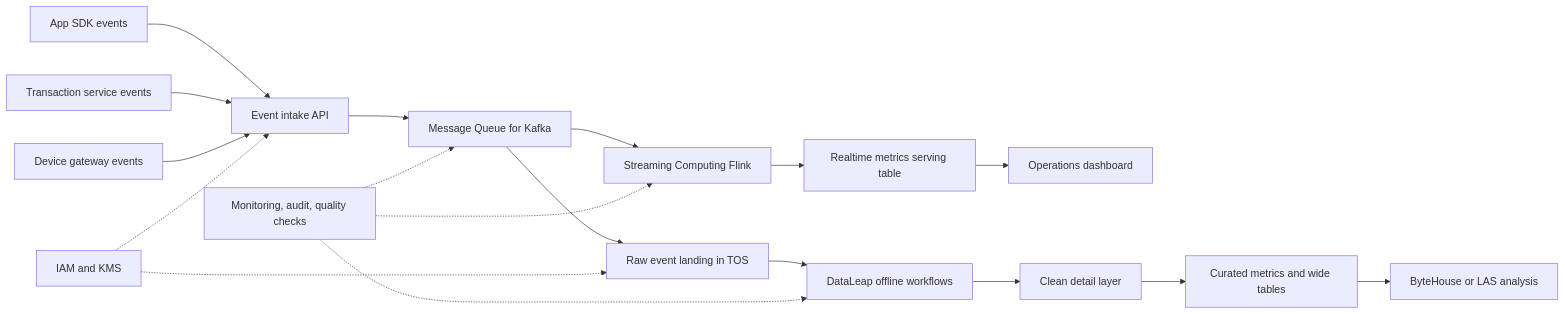
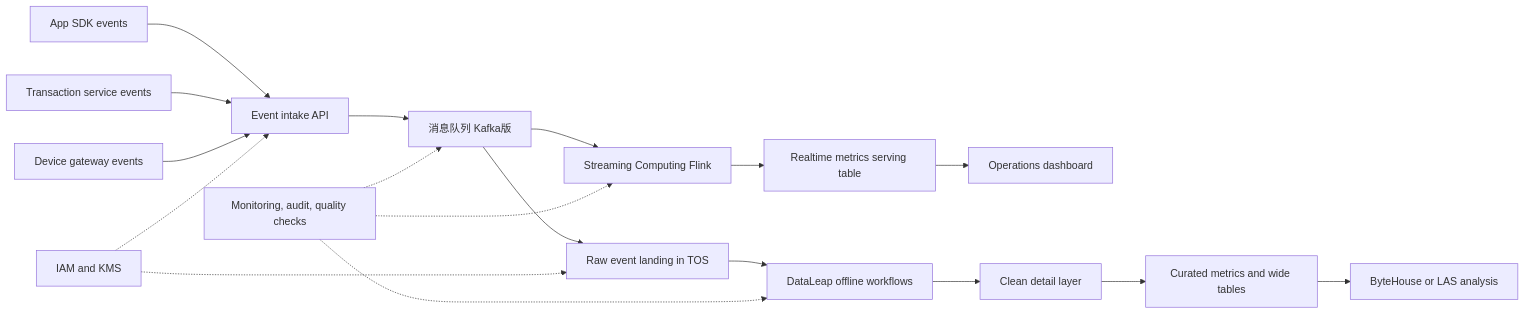
One commit to Joyce0301/volcengine-solutions-architect changed the diagram in tests/forward/realtime-data.md. Above: the diagram before and after it, drawn with Mermaid. The commit also changed other lines of this file and 22 other files, not shown here.

Commit message:
feat: add adaptive architecture interview

````diff
--- a/tests/forward/realtime-data.md
+++ b/tests/forward/realtime-data.md
@@ -60,20 +60,20 @@
 ```mermaid
 flowchart LR
   A[App SDK events] --> I[Event intake API]
   B[Transaction service events] --> I
   C[Device gateway events] --> I
-  I --> K[Message Queue for Kafka]
+  I --> K[消息队列 Kafka版]
   K --> F[Streaming Computing Flink]
   F --> M[Realtime metrics serving table]
   M --> D[Operations dashboard]
   K --> R[Raw event landing in TOS]
   R --> L[DataLeap offline workflows]
   L --> C1[Clean detail layer]
   C1 --> C2[Curated metrics and wide tables]
   C2 --> Q[ByteHouse or LAS analysis]
   S[IAM and KMS] -.-> I
   S -.-> R
   O[Monitoring, audit, quality checks] -.-> K
   O -.-> F
   O -.-> L
 ```
````
